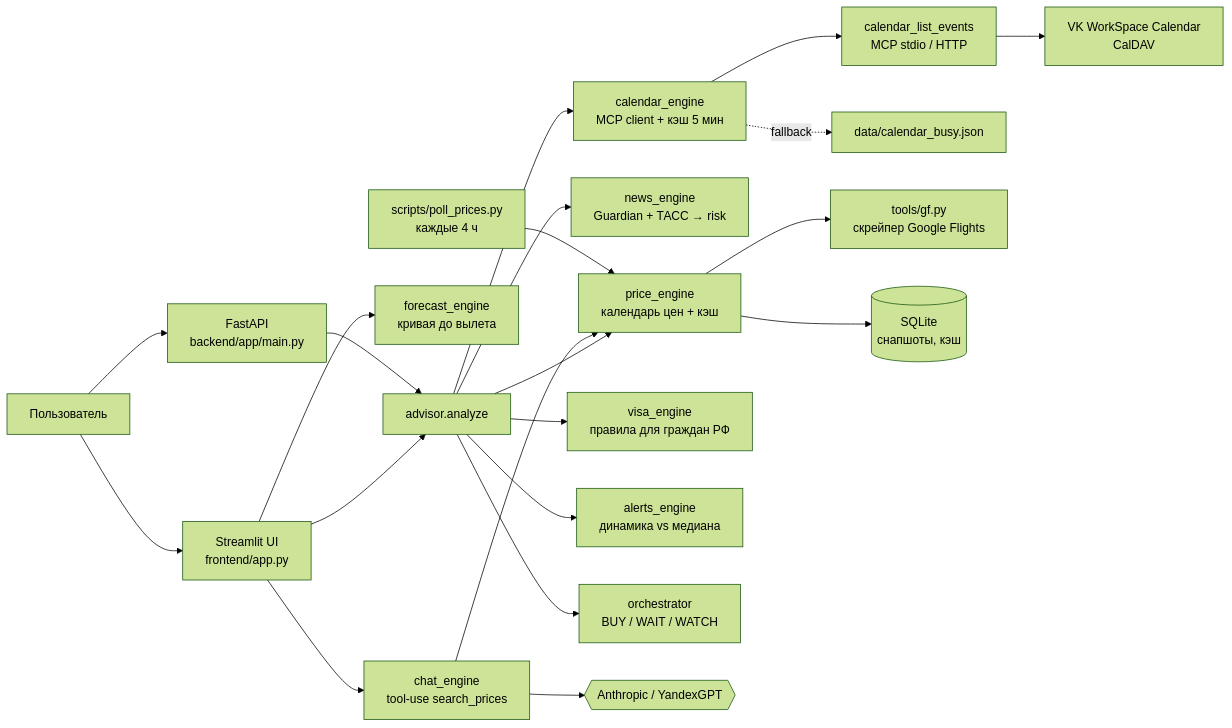
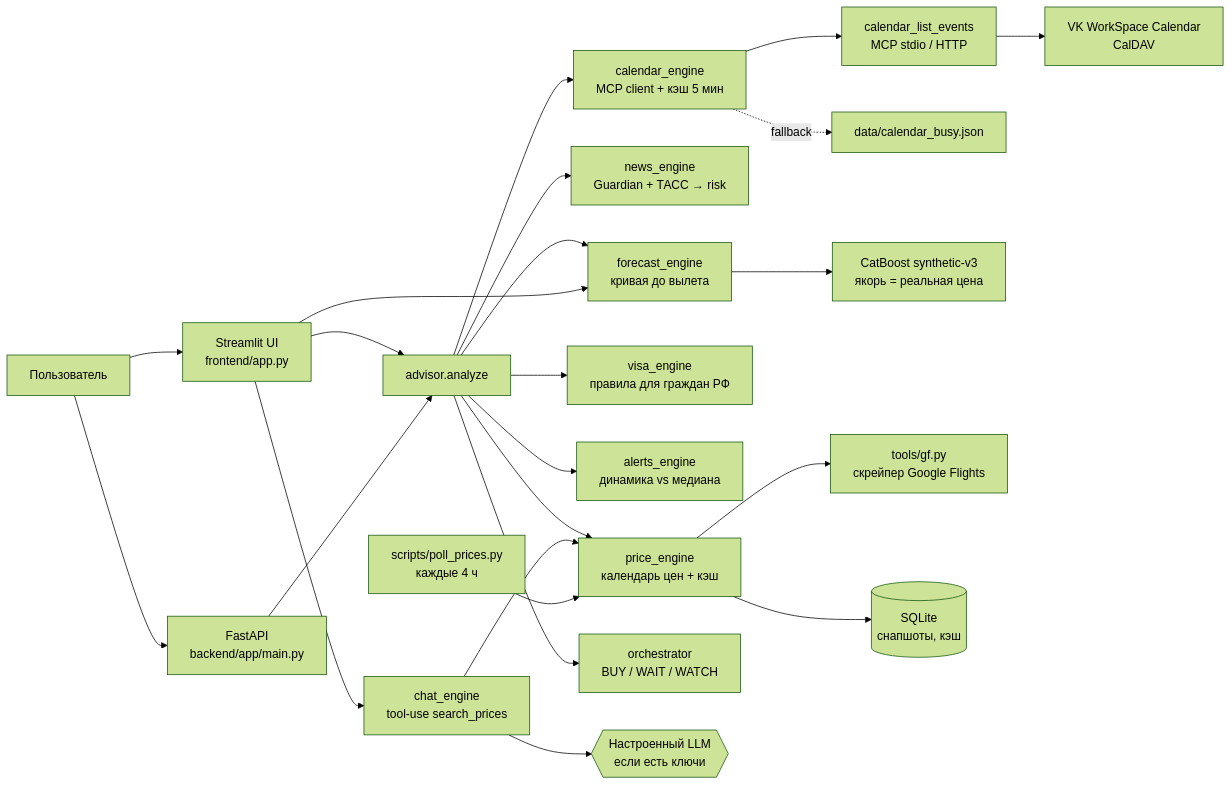
The diagram in README.md (maria-igntv/flight-advisor), drawn with Mermaid (forest theme) before and after one commit. The commit also changed other lines of this file and 27 other files, not shown here.

````diff
--- a/README.md
+++ b/README.md
@@ -158,23 +158,25 @@
 ```mermaid
 flowchart LR
   U[Пользователь] --> UI[Streamlit UI<br/>frontend/app.py]
   U --> API[FastAPI<br/>backend/app/main.py]
   UI --> ADV[advisor.analyze]
   API --> ADV
   ADV --> PE[price_engine<br/>календарь цен + кэш]
   ADV --> NE[news_engine<br/>Guardian + ТАСС → risk]
   ADV --> CE[calendar_engine<br/>MCP client + кэш 5 мин]
   CE --> MCP[calendar_list_events<br/>MCP stdio / HTTP]
   MCP --> VK[VK WorkSpace Calendar<br/>CalDAV]
   CE -. fallback .-> SNAP[data/calendar_busy.json]
   ADV --> VE[visa_engine<br/>правила для граждан РФ]
   ADV --> AE[alerts_engine<br/>динамика vs медиана]
+  ADV --> FE[forecast_engine<br/>кривая до вылета]
+  FE --> ML[CatBoost synthetic-v3<br/>якорь = реальная цена]
   ADV --> OR[orchestrator<br/>BUY / WAIT / WATCH]
-  UI --> FE[forecast_engine<br/>кривая до вылета]
+  UI --> FE
   UI --> CH[chat_engine<br/>tool-use search_prices]
-  CH --> LLM{{Anthropic / YandexGPT}}
+  CH --> LLM{{Настроенный LLM<br/>если есть ключи}}
   CH --> PE
   PE --> GF[tools/gf.py<br/>скрейпер Google Flights]
   PE --> DB[(SQLite<br/>снапшоты, кэш)]
   POLL[scripts/poll_prices.py<br/>каждые 4 ч] --> PE
 ```
````
